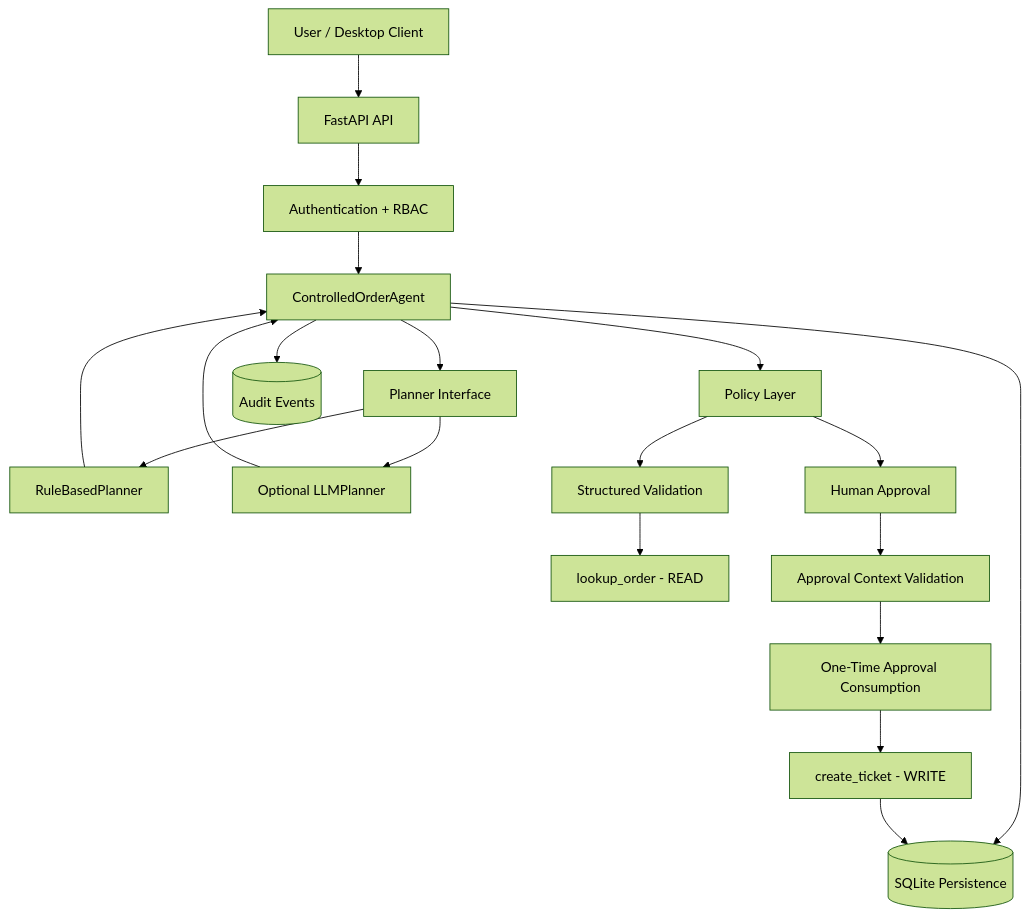
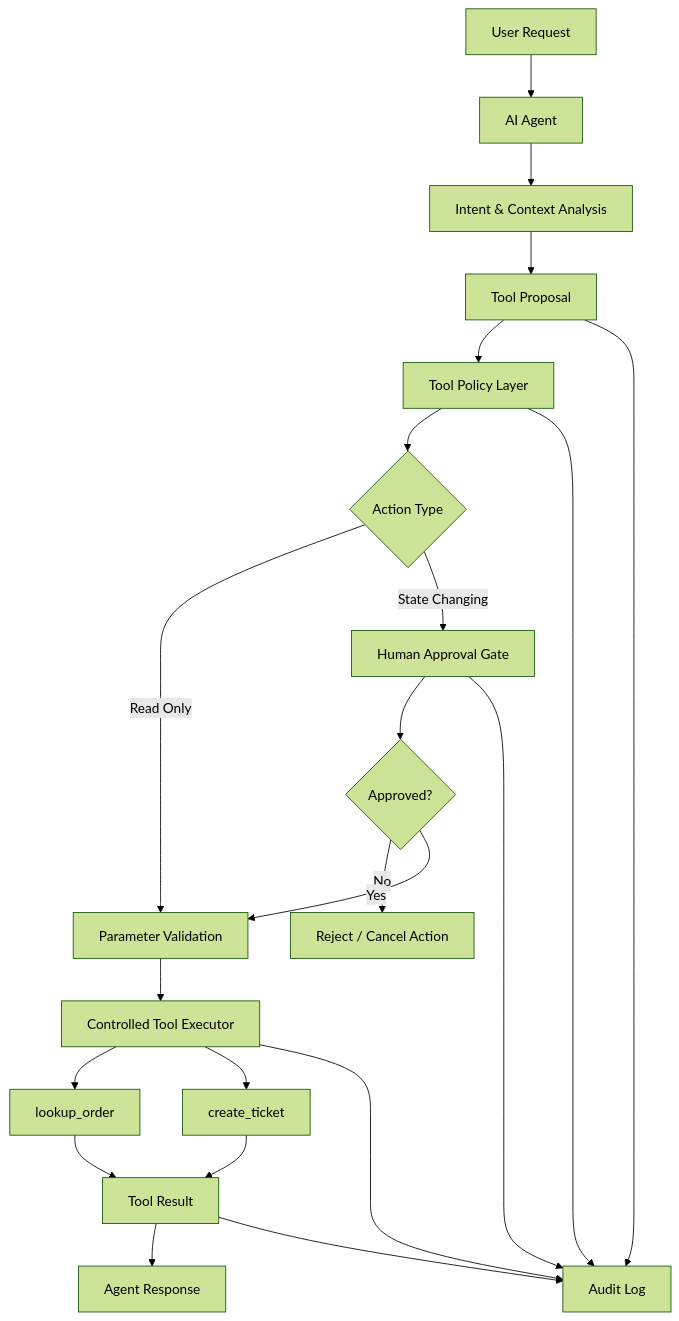
The first of 8 diagrams in README.md (mahmmooudian/controlled-order-agent), drawn with Mermaid (forest theme) before and after one commit. The commit also changed other lines of this file, not shown here.

````diff
--- a/README.md
+++ b/README.md
@@ -377,60 +144,35 @@
 ```mermaid
 flowchart TD
+    A[User Request] --> B[AI Agent]
 
-    USER[User / Desktop Client]
+    B --> C[Intent & Context Analysis]
+    C --> D[Tool Proposal]
 
-    API[FastAPI API]
+    D --> E[Tool Policy Layer]
 
-    AUTH[Authentication + RBAC]
+    E --> F{Action Type}
 
-    RUNTIME[ControlledOrderAgent]
+    F -- Read Only --> G[Parameter Validation]
+    F -- State Changing --> H[Human Approval Gate]
 
-    PLANNER[Planner Interface]
+    H --> I{Approved?}
 
-    RULE[RuleBasedPlanner]
+    I -- No --> J[Reject / Cancel Action]
+    I -- Yes --> G
 
-    LLM[Optional LLMPlanner]
+    G --> K[Controlled Tool Executor]
 
-    POLICY[Policy Layer]
+    K --> L1[lookup_order]
+    K --> L2[create_ticket]
 
-    VALIDATION[Structured Validation]
+    L1 --> M[Tool Result]
+    L2 --> M
 
-    READ[lookup_order - READ]
+    M --> N[Agent Response]
 
-    APPROVAL[Human Approval]
-
-    CONTEXT[Approval Context Validation]
-
-    CONSUME[One-Time Approval Consumption]
-
-    WRITE[create_ticket - WRITE]
-
-    DB[(SQLite Persistence)]
-
-    AUDIT[(Audit Events)]
-
-    USER --> API
-    API --> AUTH
-    AUTH --> RUNTIME
-
-    RUNTIME --> PLANNER
-    PLANNER --> RULE
-    PLANNER --> LLM
-
-    RULE --> RUNTIME
-    LLM --> RUNTIME
-
-    RUNTIME --> POLICY
-    POLICY --> VALIDATION
-
-    VALIDATION --> READ
-
-    POLICY --> APPROVAL
-    APPROVAL --> CONTEXT
-    CONTEXT --> CONSUME
-    CONSUME --> WRITE
-
-    RUNTIME --> DB
-    WRITE --> DB
-    RUNTIME --> AUDIT
+    D --> O[Audit Log]
+    E --> O
+    H --> O
+    K --> O
+    M --> O
 ```
````
